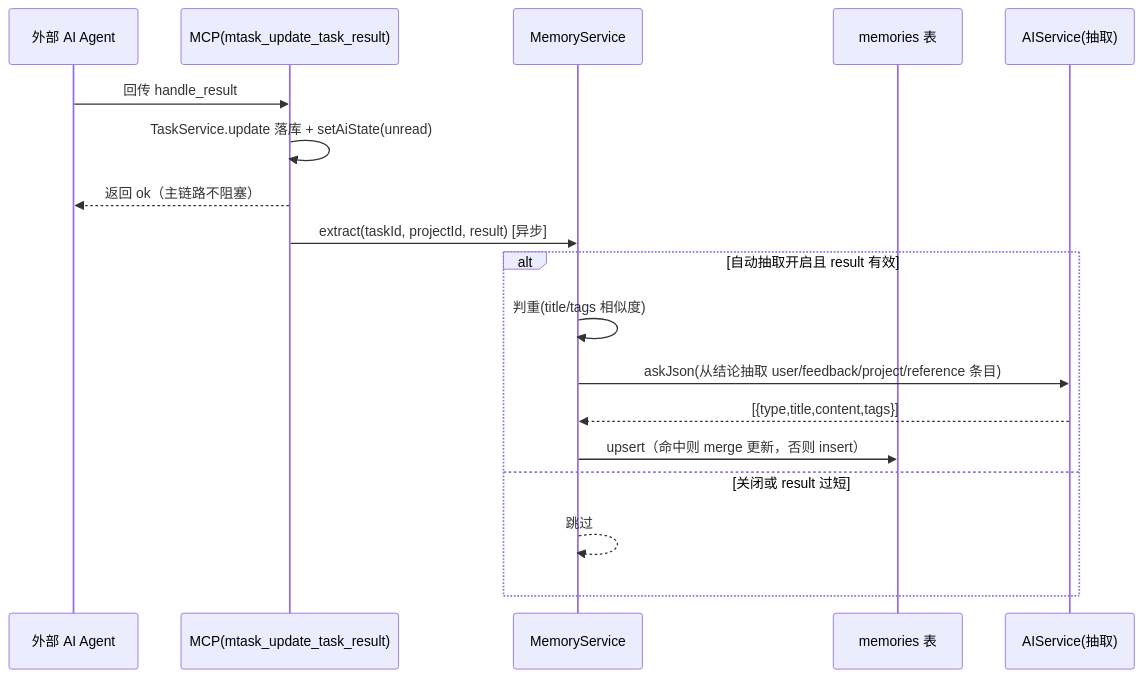
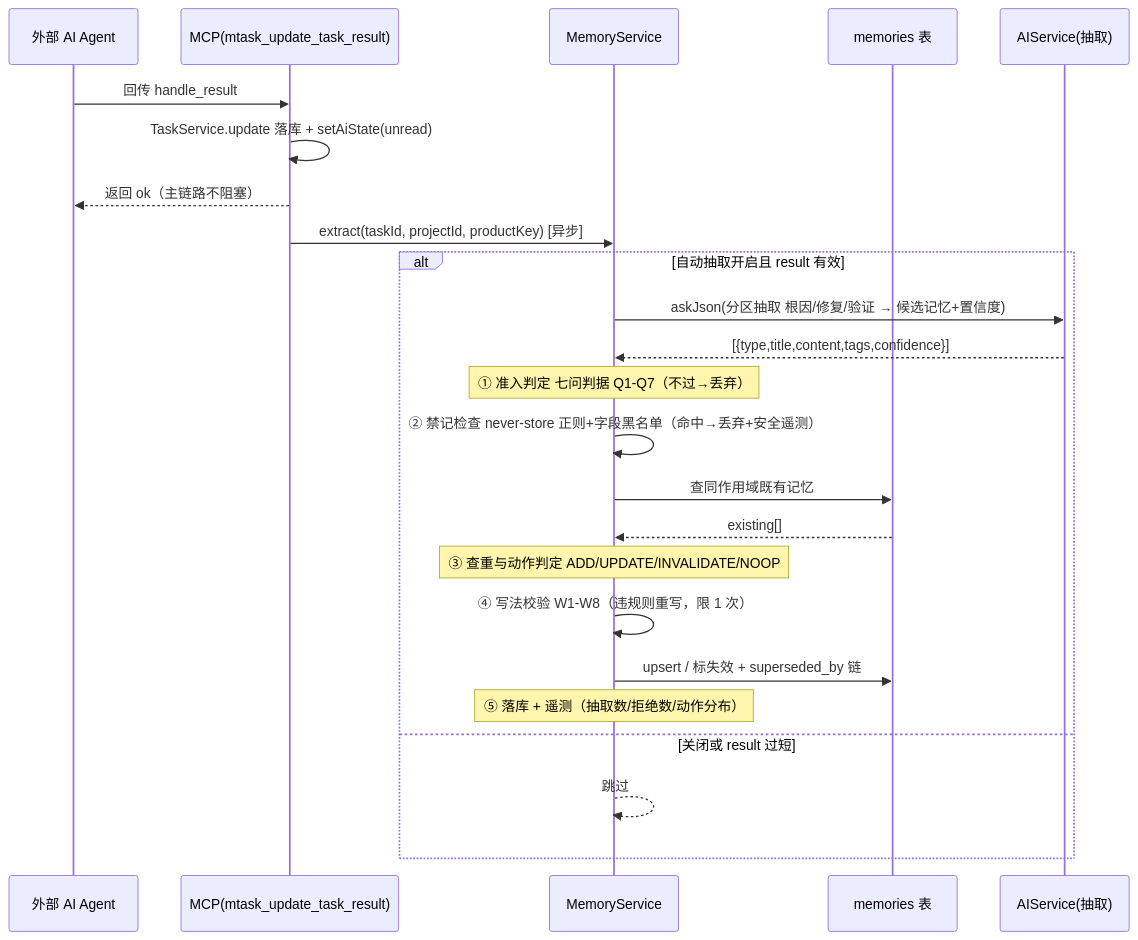
One commit to wangnan05563/MTask changed the first of 2 diagrams in docs/评估报告-工作空间隔离AI长期记忆-T04113.md. Above: the diagram before and after it, drawn with Mermaid. The commit also changed other lines of this file and 1 other file, not shown here.

````diff
--- a/docs/评估报告-工作空间隔离AI长期记忆-T04113.md
+++ b/docs/评估报告-工作空间隔离AI长期记忆-T04113.md
@@ -98,20 +177,26 @@
 ```mermaid
 sequenceDiagram
   participant Agent as 外部 AI Agent
   participant MCP as MCP(mtask_update_task_result)
   participant Svc as MemoryService
   participant DB as memories 表
   participant LLM as AIService(抽取)
   Agent->>MCP: 回传 handle_result
   MCP->>MCP: TaskService.update 落库 + setAiState(unread)
   MCP-->>Agent: 返回 ok（主链路不阻塞）
-  MCP->>Svc: extract(taskId, projectId, result) [异步]
+  MCP->>Svc: extract(taskId, projectId, productKey) [异步]
   alt 自动抽取开启且 result 有效
-    Svc->>Svc: 判重(title/tags 相似度)
-    Svc->>LLM: askJson(从结论抽取 user/feedback/project/reference 条目)
-    LLM-->>Svc: [{type,title,content,tags}]
-    Svc->>DB: upsert（命中则 merge 更新，否则 insert）
+    Svc->>LLM: askJson(分区抽取 根因/修复/验证 → 候选记忆+置信度)
+    LLM-->>Svc: [{type,title,content,tags,confidence}]
+    Note over Svc: ① 准入判定 七问判据 Q1-Q7（不过→丢弃）
+    Svc->>Svc: ② 禁记检查 never-store 正则+字段黑名单（命中→丢弃+安全遥测）
+    Svc->>DB: 查同作用域既有记忆
+    DB-->>Svc: existing[]
+    Note over Svc: ③ 查重与动作判定 ADD/UPDATE/INVALIDATE/NOOP
+    Svc->>Svc: ④ 写法校验 W1-W8（违规则重写，限 1 次）
+    Svc->>DB: upsert / 标失效 + superseded_by 链
+    Note over Svc: ⑤ 落库 + 遥测（抽取数/拒绝数/动作分布）
   else 关闭或 result 过短
     Svc-->>Svc: 跳过
   end
 ```
````
